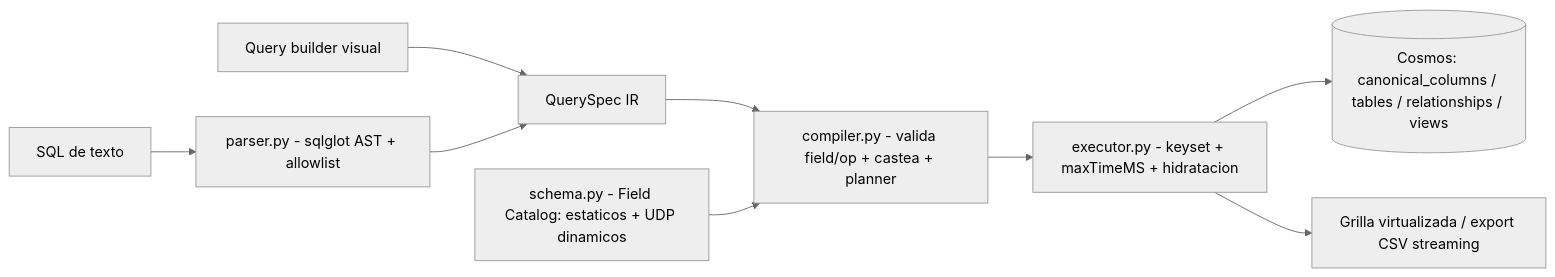
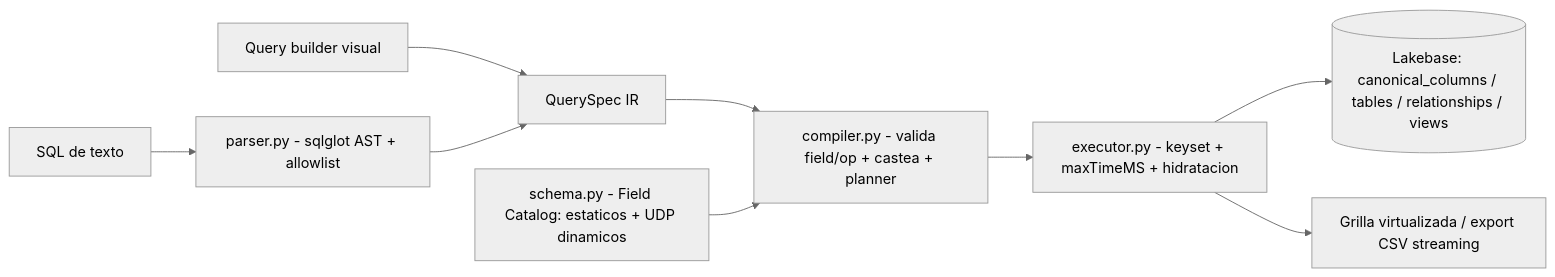
Before and after one commit to Carlosmps97/backend-data-model-hub: the fifth of 7 diagrams in doc/arquitectura.md, drawn with Mermaid (neutral theme). The commit also changed other lines of this file and 8 other files, not shown here.

````diff
--- a/doc/arquitectura.md
+++ b/doc/arquitectura.md
@@ -370,11 +388,11 @@
 ```mermaid
 flowchart LR
     QB[Query builder visual] --> SPEC[QuerySpec IR]
     SQLTXT[SQL de texto] --> PARSER[parser.py - sqlglot AST + allowlist]
     PARSER --> SPEC
     SPEC --> COMP[compiler.py - valida field/op + castea + planner]
     CAT[schema.py - Field Catalog: estaticos + UDP dinamicos] --> COMP
     COMP --> EX[executor.py - keyset + maxTimeMS + hidratacion]
-    EX --> COSMOS[(Cosmos: canonical_columns / tables / relationships / views)]
+    EX --> DB[(Lakebase: canonical_columns / tables / relationships / views)]
     EX --> GRID[Grilla virtualizada / export CSV streaming]
 ```
````
